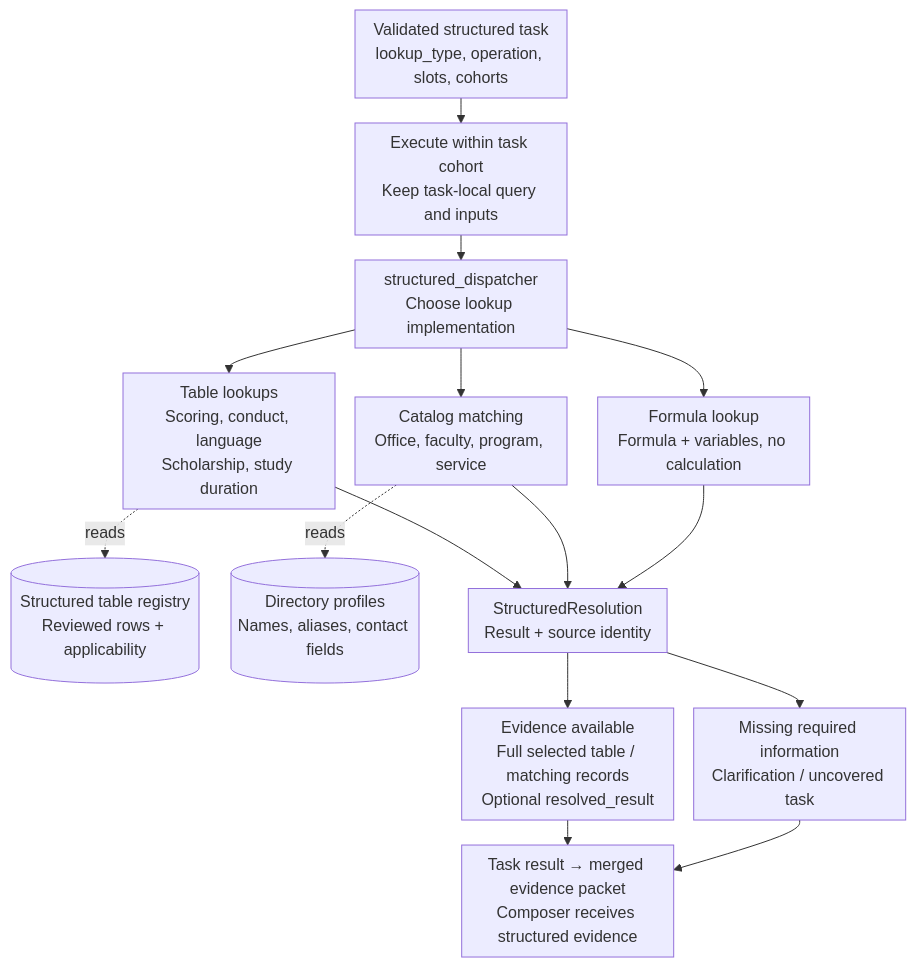
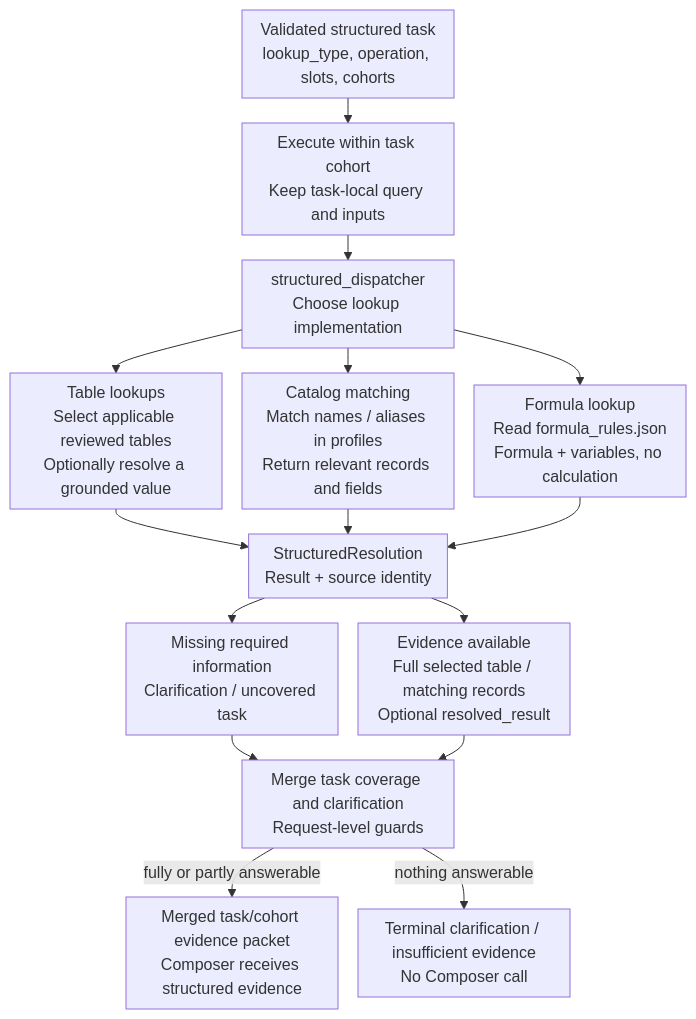
The third of 5 diagrams in README.md (AnhPhiNe/student-handbook-rag-chatbot), drawn with Mermaid before and after one commit. The commit also changed other lines of this file, not shown here.

Commit message:
docs: clarify pipeline diagrams and evidence flow

```diff
--- a/README.md
+++ b/README.md
@@ -254,18 +271,18 @@
 ~~~mermaid
 %%{init: {"flowchart": {"wrappingWidth": 180, "nodeSpacing": 20, "rankSpacing": 25, "padding": 8}}}%%
 flowchart TD
     Task["Validated structured task<br/>lookup_type, operation, slots, cohorts"] --> Scope["Execute within task cohort<br/>Keep task-local query and inputs"]
     Scope --> Dispatch["structured_dispatcher<br/>Choose lookup implementation"]
-    Dispatch --> Tables["Table lookups<br/>Scoring, conduct, language<br/>Scholarship, study duration"]
-    Dispatch --> Directory["Catalog matching<br/>Office, faculty, program, service"]
-    Dispatch --> Formula["Formula lookup<br/>Formula + variables, no calculation"]
-    Tables -. reads .-> Registry[("Structured table registry<br/>Reviewed rows + applicability")]
-    Directory -. reads .-> Profiles[("Directory profiles<br/>Names, aliases, contact fields")]
+    Dispatch --> Tables["Table lookups<br/>Select applicable reviewed tables<br/>Optionally resolve a grounded value"]
+    Dispatch --> Directory["Catalog matching<br/>Match names / aliases in profiles<br/>Return relevant records and fields"]
+    Dispatch --> Formula["Formula lookup<br/>Read formula_rules.json<br/>Formula + variables, no calculation"]
     Tables --> Resolution["StructuredResolution<br/>Result + source identity"]
     Directory --> Resolution
     Formula --> Resolution
     Resolution --> Covered["Evidence available<br/>Full selected table / matching records<br/>Optional resolved_result"]
     Resolution --> Missing["Missing required information<br/>Clarification / uncovered task"]
-    Covered --> Packet["Task result → merged evidence packet<br/>Composer receives structured evidence"]
-    Missing --> Packet
+    Missing --> Merge["Merge task coverage and clarification<br/>Request-level guards"]
+    Covered --> Merge
+    Merge -->|fully or partly answerable| Packet["Merged task/cohort evidence packet<br/>Composer receives structured evidence"]
+    Merge -->|nothing answerable| Terminal["Terminal clarification / insufficient evidence<br/>No Composer call"]
 ~~~
```
